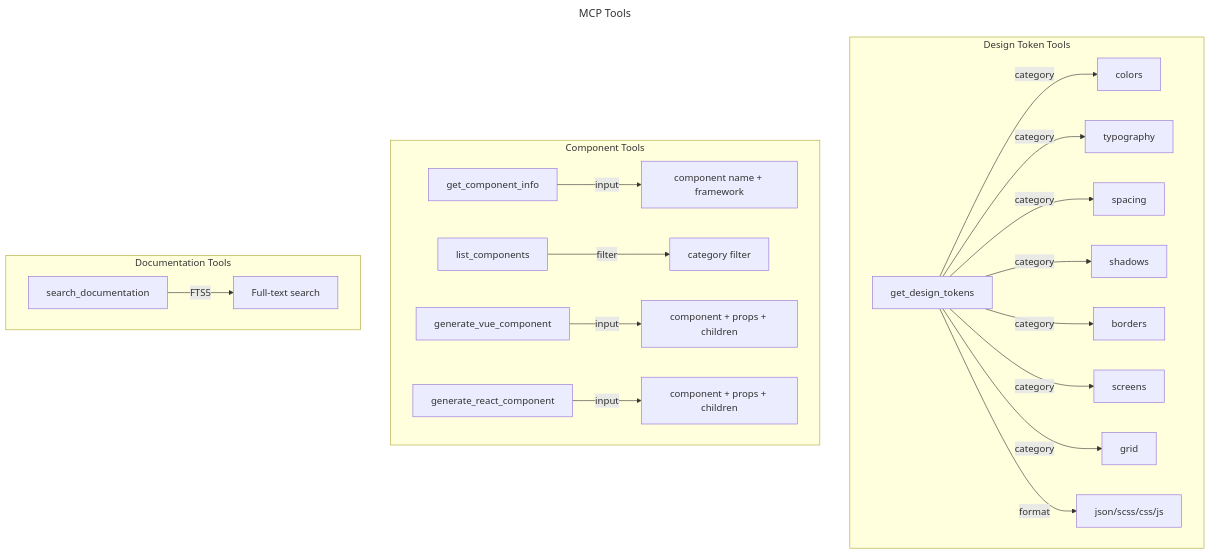
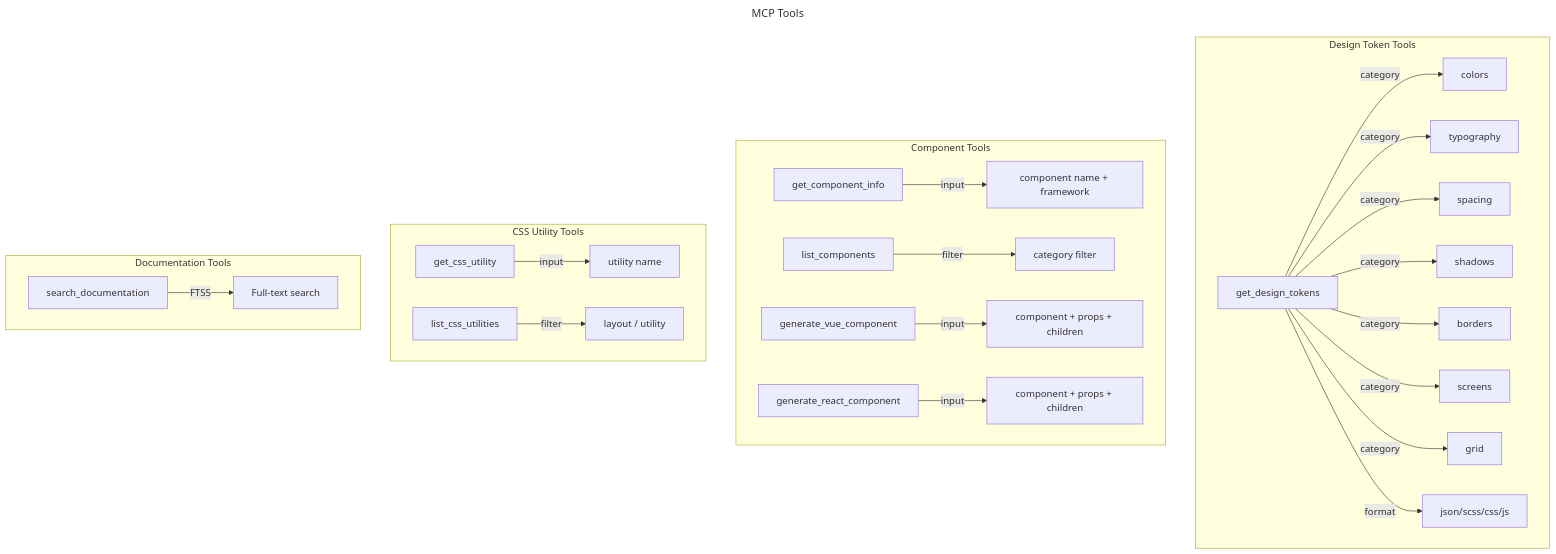
Before and after one commit to MerzoukeMansouri/adeo-mozaic-mcp: the diagram in docs/assets/tools.mmd, drawn with Mermaid. The commit also changed 12 other files, not shown here.

Commit message:
refactor: add CSS Utility classes and examples schema and dataflow diagrams

```diff
--- a/docs/assets/tools.mmd
+++ b/docs/assets/tools.mmd
@@ -1,32 +1,40 @@
 ---
 title: MCP Tools
 ---
 flowchart TB
     subgraph TokenTools["Design Token Tools"]
         GT[get_design_tokens]
         GT -->|category| GTO1[colors]
         GT -->|category| GTO2[typography]
         GT -->|category| GTO3[spacing]
         GT -->|category| GTO4[shadows]
         GT -->|category| GTO5[borders]
         GT -->|category| GTO6[screens]
         GT -->|category| GTO7[grid]
         GT -->|format| GTF1[json/scss/css/js]
     end
 
     subgraph ComponentTools["Component Tools"]
         GC[get_component_info]
         LC[list_components]
         GVC[generate_vue_component]
         GRC[generate_react_component]
 
         GC -->|input| GCI[component name + framework]
         LC -->|filter| LCF[category filter]
         GVC -->|input| GVCI[component + props + children]
         GRC -->|input| GRCI[component + props + children]
     end
 
+    subgraph CssTools["CSS Utility Tools"]
+        GCU[get_css_utility]
+        LCU[list_css_utilities]
+
+        GCU -->|input| GCUI[utility name]
+        LCU -->|filter| LCUF[layout / utility]
+    end
+
     subgraph DocTools["Documentation Tools"]
         SD[search_documentation]
         SD -->|FTS5| SDR[Full-text search]
     end
```
